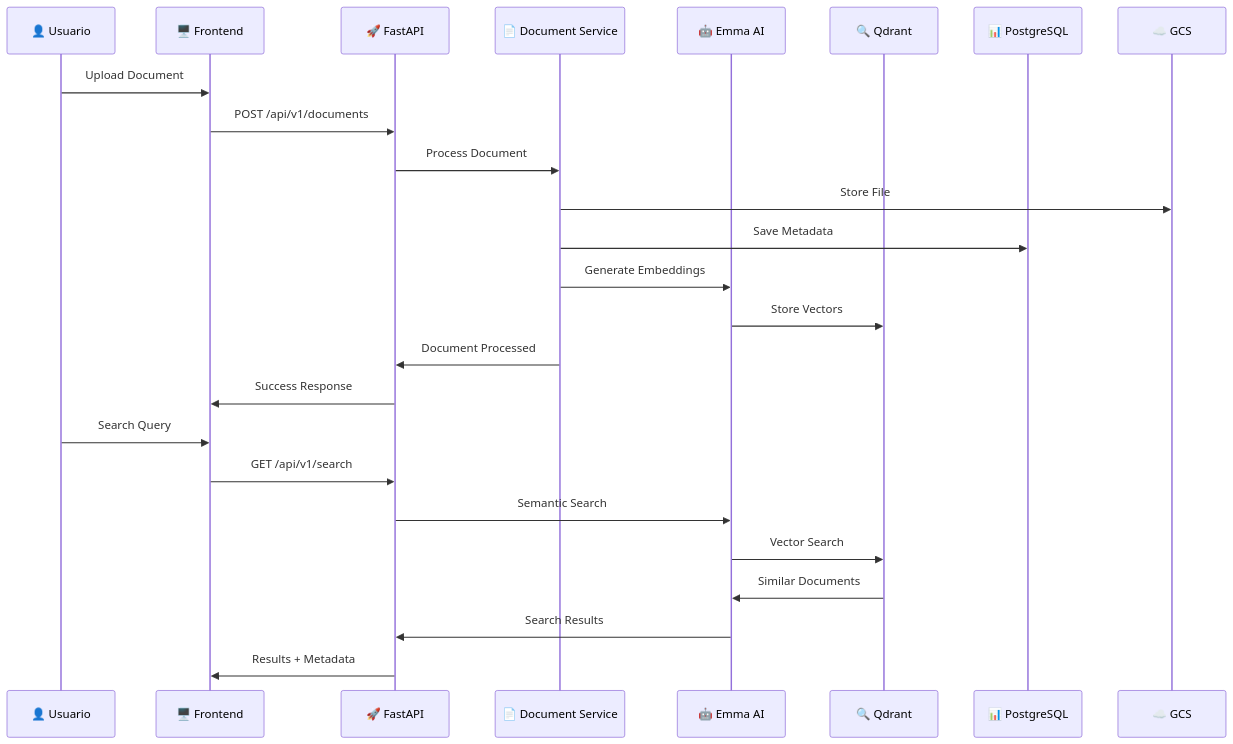
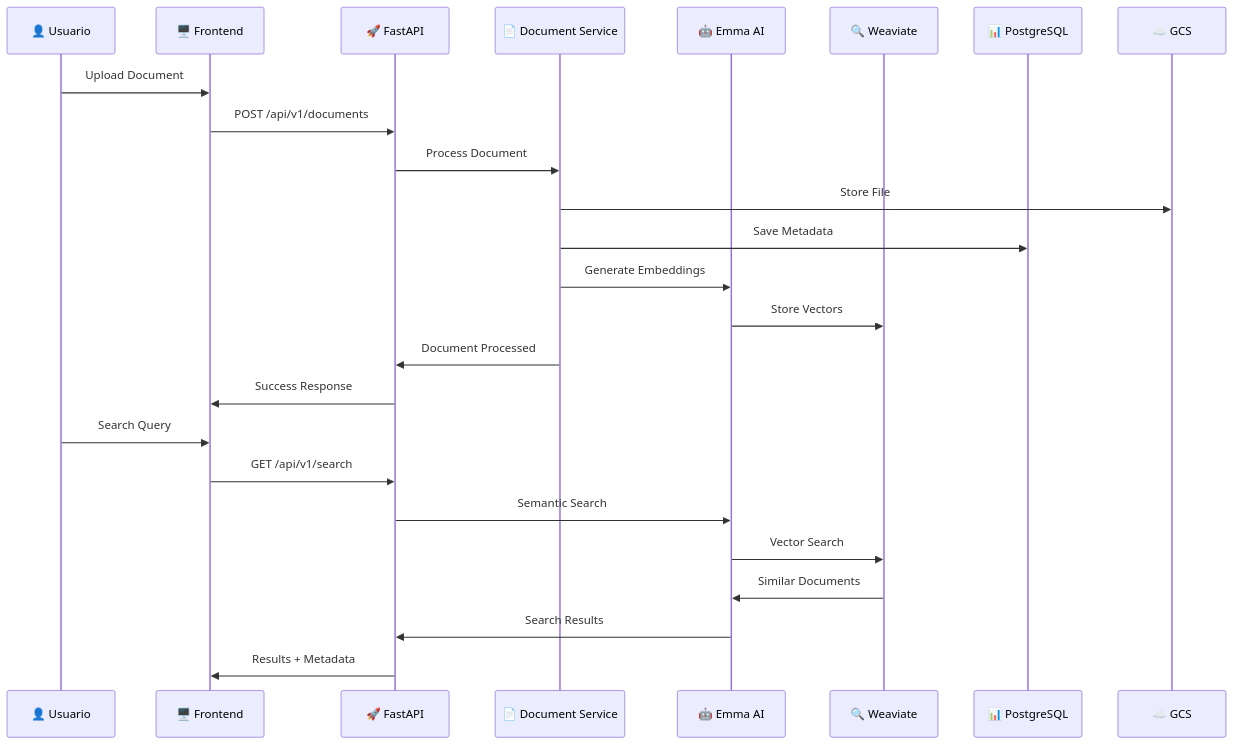
The second of 5 diagrams in README.md (horelvis/nexus-documents-ia), drawn with Mermaid before and after one commit. The commit also changed other lines of this file, not shown here.

First line of the commit message:
docs: corregir todas las referencias restantes a Qdrant en README.md

````diff
--- a/README.md
+++ b/README.md
@@ -248,29 +248,29 @@
 ```mermaid
 sequenceDiagram
     participant U as 👤 Usuario
     participant F as 🖥️ Frontend
     participant A as 🚀 FastAPI
     participant D as 📄 Document Service
     participant E as 🤖 Emma AI
-    participant Q as 🔍 Qdrant
+    participant W as 🔍 Weaviate
     participant P as 📊 PostgreSQL
     participant G as ☁️ GCS
 
     U->>F: Upload Document
     F->>A: POST /api/v1/documents
     A->>D: Process Document
     D->>G: Store File
     D->>P: Save Metadata
     D->>E: Generate Embeddings
-    E->>Q: Store Vectors
+    E->>W: Store Vectors
     D->>A: Document Processed
     A->>F: Success Response
 
     U->>F: Search Query
     F->>A: GET /api/v1/search
     A->>E: Semantic Search
-    E->>Q: Vector Search
-    Q->>E: Similar Documents
+    E->>W: Vector Search
+    W->>E: Similar Documents
     E->>A: Search Results
     A->>F: Results + Metadata
 ```
````
